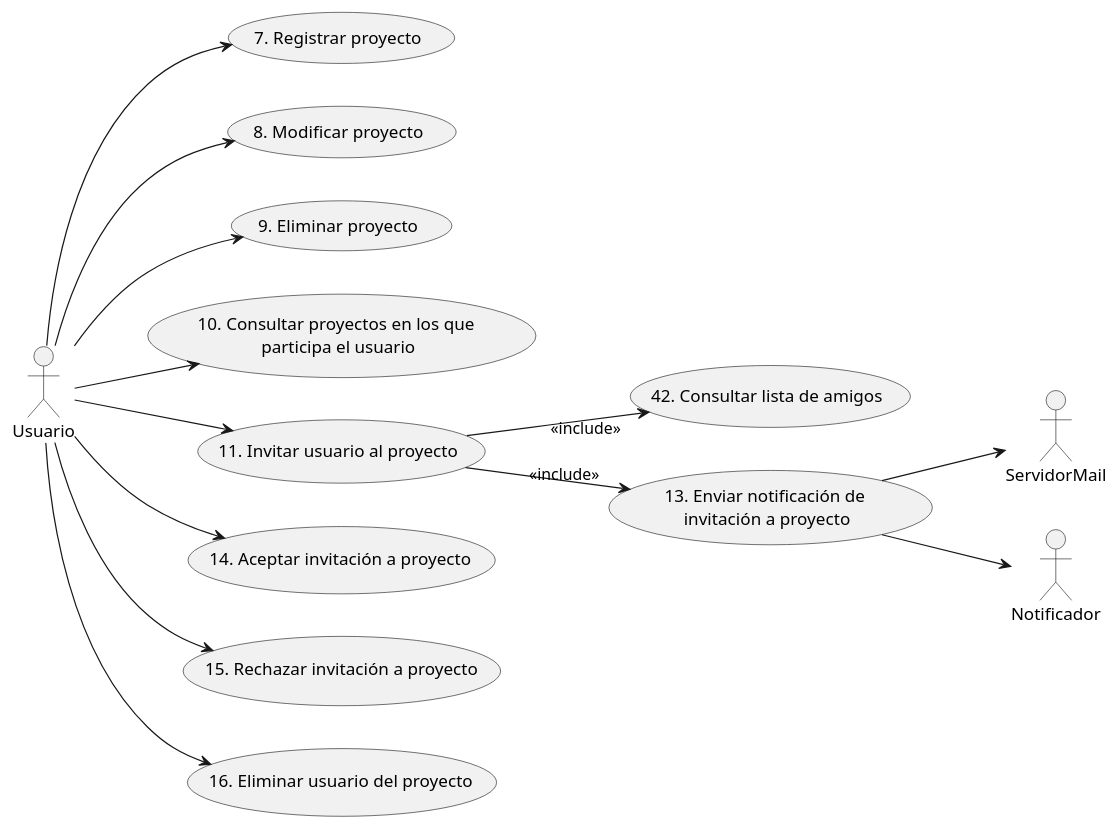
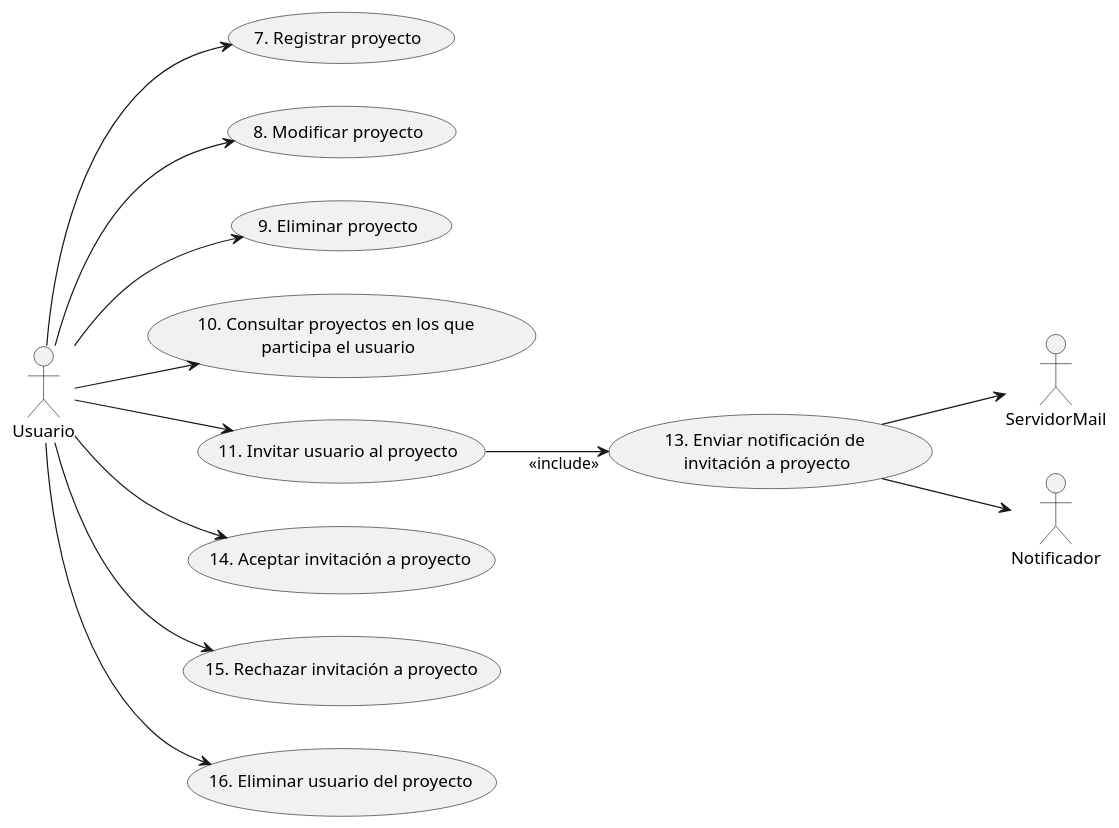
Before and after one commit to AlexMassietti/Task_Flow: the second of 8 diagrams in Modelado/DiagramasCU.plantuml, drawn with PlantUML. The commit also changed 1 other file, not shown here.

Commit message:
chore(diagramas): quito el consultar amigos en el cu 11

```diff
--- a/Modelado/DiagramasCU.plantuml
+++ b/Modelado/DiagramasCU.plantuml
@@ -24,19 +24,18 @@
 @startuml CU_Gestion_Proyectos
 left to right direction
 actor :Usuario: as U
 actor :ServidorMail: as ES
 actor :Notificador: as N
 
 U --> (7. Registrar proyecto)
 U --> (8. Modificar proyecto)
 U --> (9. Eliminar proyecto)
 U --> (10. Consultar proyectos en los que \nparticipa el usuario)
 U --> (11. Invitar usuario al proyecto)
-(11. Invitar usuario al proyecto) --> "<<include>>" (42. Consultar lista de amigos)
 (11. Invitar usuario al proyecto) --> "<<include>>" (13. Enviar notificación de \ninvitación a proyecto)
 (13. Enviar notificación de \ninvitación a proyecto) --> N
 (13. Enviar notificación de \ninvitación a proyecto) --> ES
 U --> (14. Aceptar invitación a proyecto)
 U --> (15. Rechazar invitación a proyecto)
 U --> (16. Eliminar usuario del proyecto)
 @enduml
```
